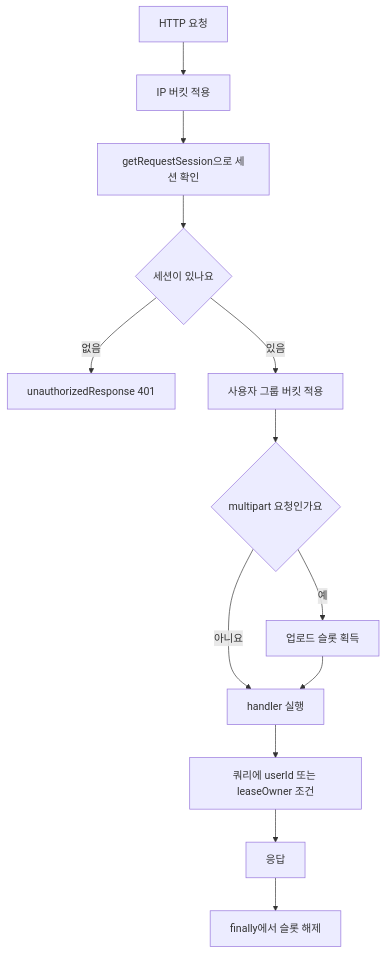
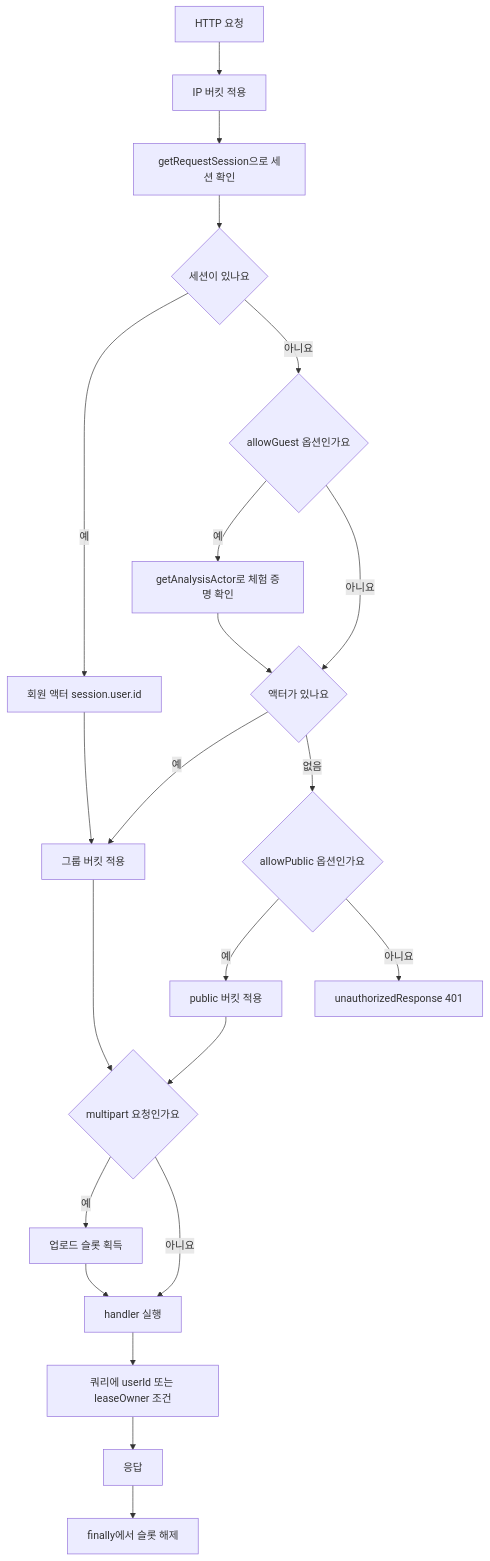
The first of 2 diagrams in openwiki/integrations/auth-and-ownership.md (leey00nsu/copy-singer), drawn with Mermaid before and after one commit. The commit also changed other lines of this file and 55 other files, not shown here.

````diff
--- a/openwiki/integrations/auth-and-ownership.md
+++ b/openwiki/integrations/auth-and-ownership.md
@@ -79,15 +101,24 @@
 ```mermaid
 flowchart TD
   Request["HTTP 요청"] --> IpBucket["IP 버킷 적용"]
   IpBucket --> Lookup["getRequestSession으로 세션 확인"]
-  Lookup --> NoSession{"세션이 있나요"}
-  NoSession -->|"없음"| Unauthorized["unauthorizedResponse 401"]
-  NoSession -->|"있음"| GroupBucket["사용자 그룹 버킷 적용"]
+  Lookup --> HasSession{"세션이 있나요"}
+  HasSession -->|"예"| MemberActor["회원 액터 session.user.id"]
+  HasSession -->|"아니요"| GuestOption{"allowGuest 옵션인가요"}
+  GuestOption -->|"예"| TrialProof["getAnalysisActor로 체험 증명 확인"]
+  TrialProof --> ActorCheck{"액터가 있나요"}
+  GuestOption -->|"아니요"| ActorCheck
+  ActorCheck -->|"예"| GroupBucket["그룹 버킷 적용"]
+  ActorCheck -->|"없음"| PublicOption{"allowPublic 옵션인가요"}
+  PublicOption -->|"예"| PublicBucket["public 버킷 적용"]
+  PublicOption -->|"아니요"| Unauthorized["unauthorizedResponse 401"]
+  MemberActor --> GroupBucket
   GroupBucket --> UploadSlot{"multipart 요청인가요"}
+  PublicBucket --> UploadSlot
   UploadSlot -->|"예"| SlotHeld["업로드 슬롯 획득"]
   UploadSlot -->|"아니요"| Handler["handler 실행"]
   SlotHeld --> Handler
   Handler --> Owner["쿼리에 userId 또는 leaseOwner 조건"]
   Owner --> Response["응답"]
   Response --> Release["finally에서 슬롯 해제"]
 ```
````
